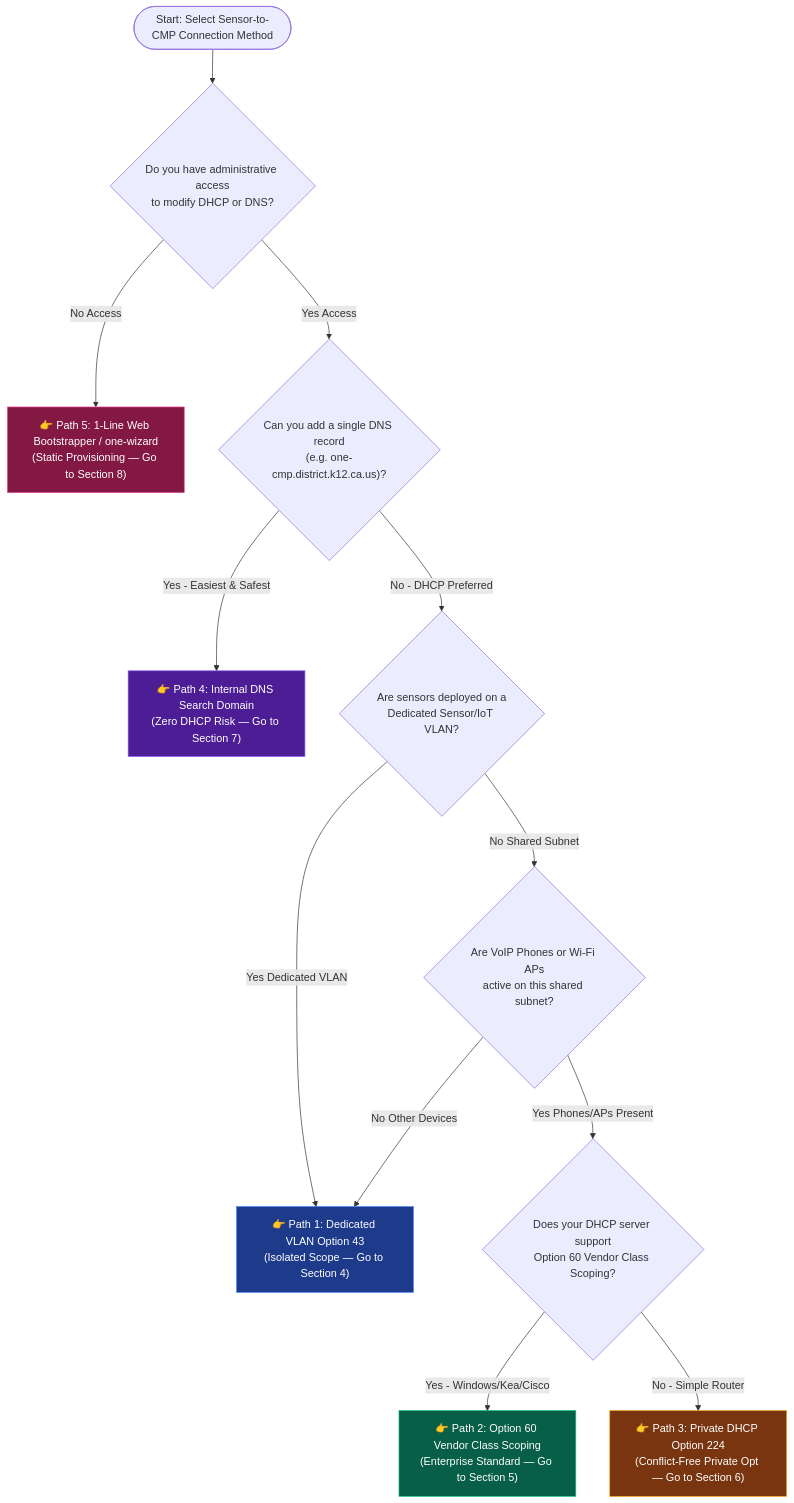
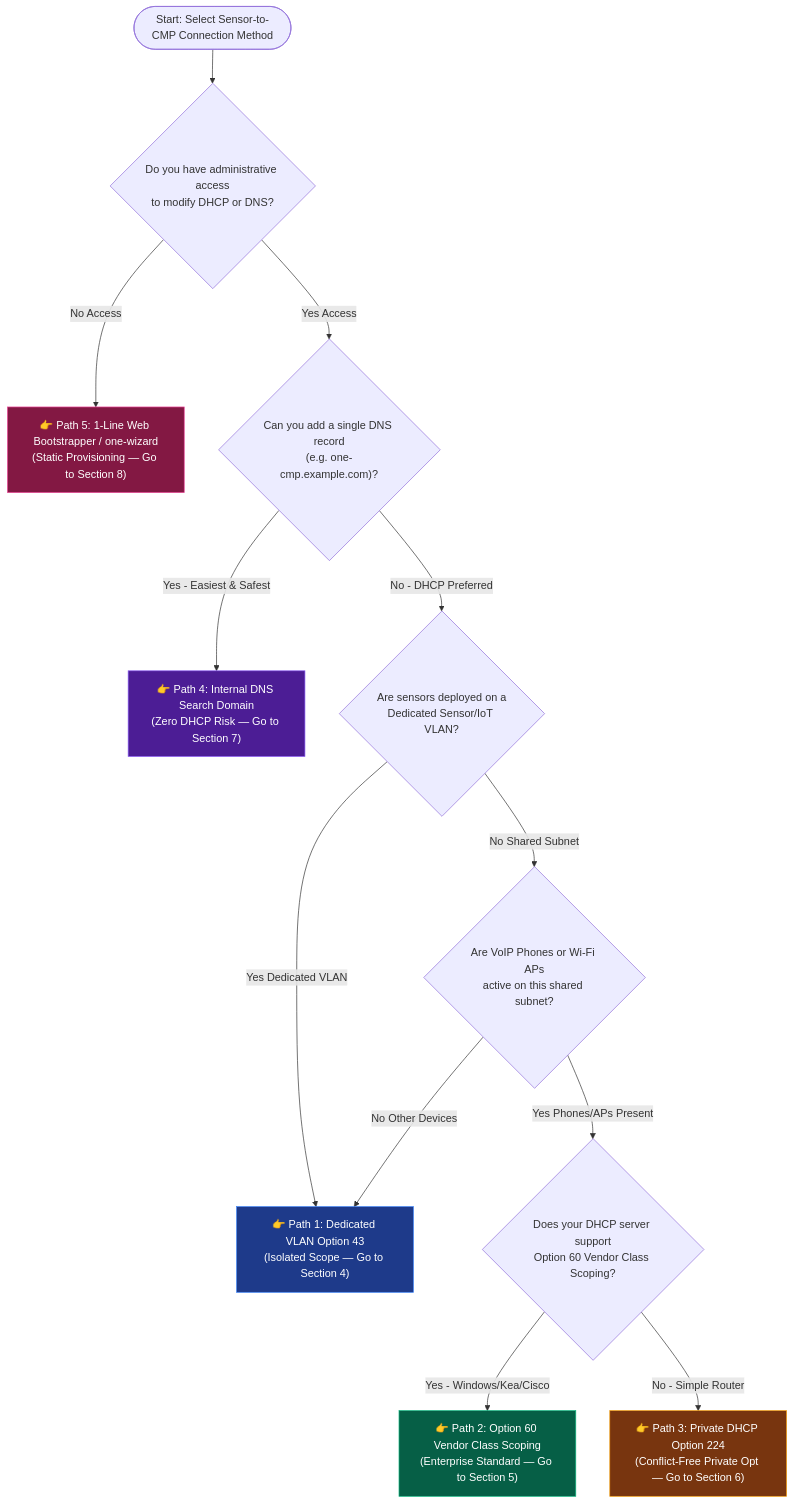
The third of 6 diagrams in docs/DHCP_OPTION_43_AND_DNS_DISCOVERY_GUIDE.md (leifdavisson/Open_Network_Experience), drawn with Mermaid before and after one commit. The commit also changed other lines of this file and 57 other files, not shown here.

````diff
--- a/docs/DHCP_OPTION_43_AND_DNS_DISCOVERY_GUIDE.md
+++ b/docs/DHCP_OPTION_43_AND_DNS_DISCOVERY_GUIDE.md
@@ -155,25 +155,25 @@
 ```mermaid
 flowchart TD
     START(["Start: Select Sensor-to-CMP Connection Method"]) --> Q_POLICY{"Do you have administrative access<br/>to modify DHCP or DNS?"}
 
     Q_POLICY -->|No Access| PATH5["👉 Path 5: 1-Line Web Bootstrapper / one-wizard<br/>(Static Provisioning — Go to Section 8)"]
-    Q_POLICY -->|Yes Access| Q_DNS{"Can you add a single DNS record<br/>(e.g. one-cmp.district.k12.ca.us)?"}
+    Q_POLICY -->|Yes Access| Q_DNS{"Can you add a single DNS record<br/>(e.g. one-cmp.example.com)?"}
 
     Q_DNS -->|Yes - Easiest & Safest| PATH4["👉 Path 4: Internal DNS Search Domain<br/>(Zero DHCP Risk — Go to Section 7)"]
     Q_DNS -->|No - DHCP Preferred| Q_VLAN{"Are sensors deployed on a<br/>Dedicated Sensor/IoT VLAN?"}
 
     Q_VLAN -->|Yes Dedicated VLAN| PATH1["👉 Path 1: Dedicated VLAN Option 43<br/>(Isolated Scope — Go to Section 4)"]
     Q_VLAN -->|No Shared Subnet| Q_VOIP{"Are VoIP Phones or Wi-Fi APs<br/>active on this shared subnet?"}
 
     Q_VOIP -->|No Other Devices| PATH1
     Q_VOIP -->|Yes Phones/APs Present| Q_OPT60{"Does your DHCP server support<br/>Option 60 Vendor Class Scoping?"}
 
     Q_OPT60 -->|Yes - Windows/Kea/Cisco| PATH2["👉 Path 2: Option 60 Vendor Class Scoping<br/>(Enterprise Standard — Go to Section 5)"]
     Q_OPT60 -->|No - Simple Router| PATH3["👉 Path 3: Private DHCP Option 224<br/>(Conflict-Free Private Opt — Go to Section 6)"]
 
     style PATH1 fill:#1e3a8a,stroke:#3b82f6,color:#fff
     style PATH2 fill:#065f46,stroke:#10b981,color:#fff
     style PATH3 fill:#78350f,stroke:#f59e0b,color:#fff
     style PATH4 fill:#4c1d95,stroke:#8b5cf6,color:#fff
     style PATH5 fill:#831843,stroke:#ec4899,color:#fff
 ```
````
